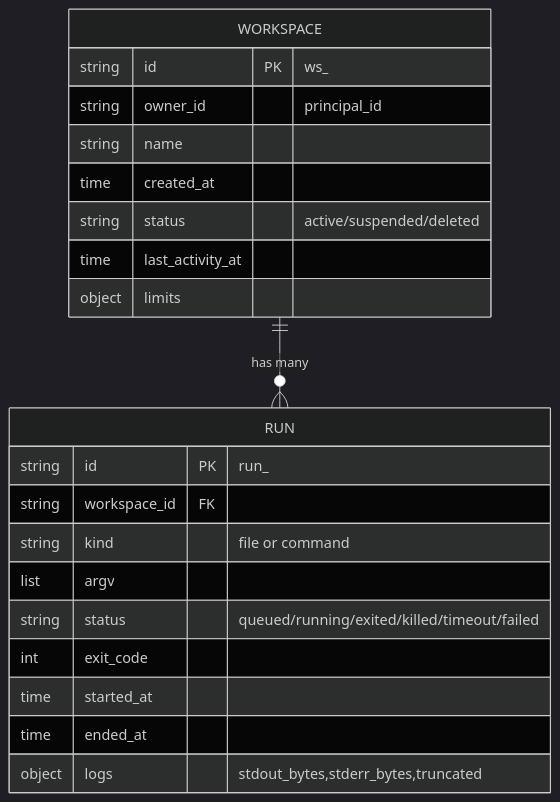
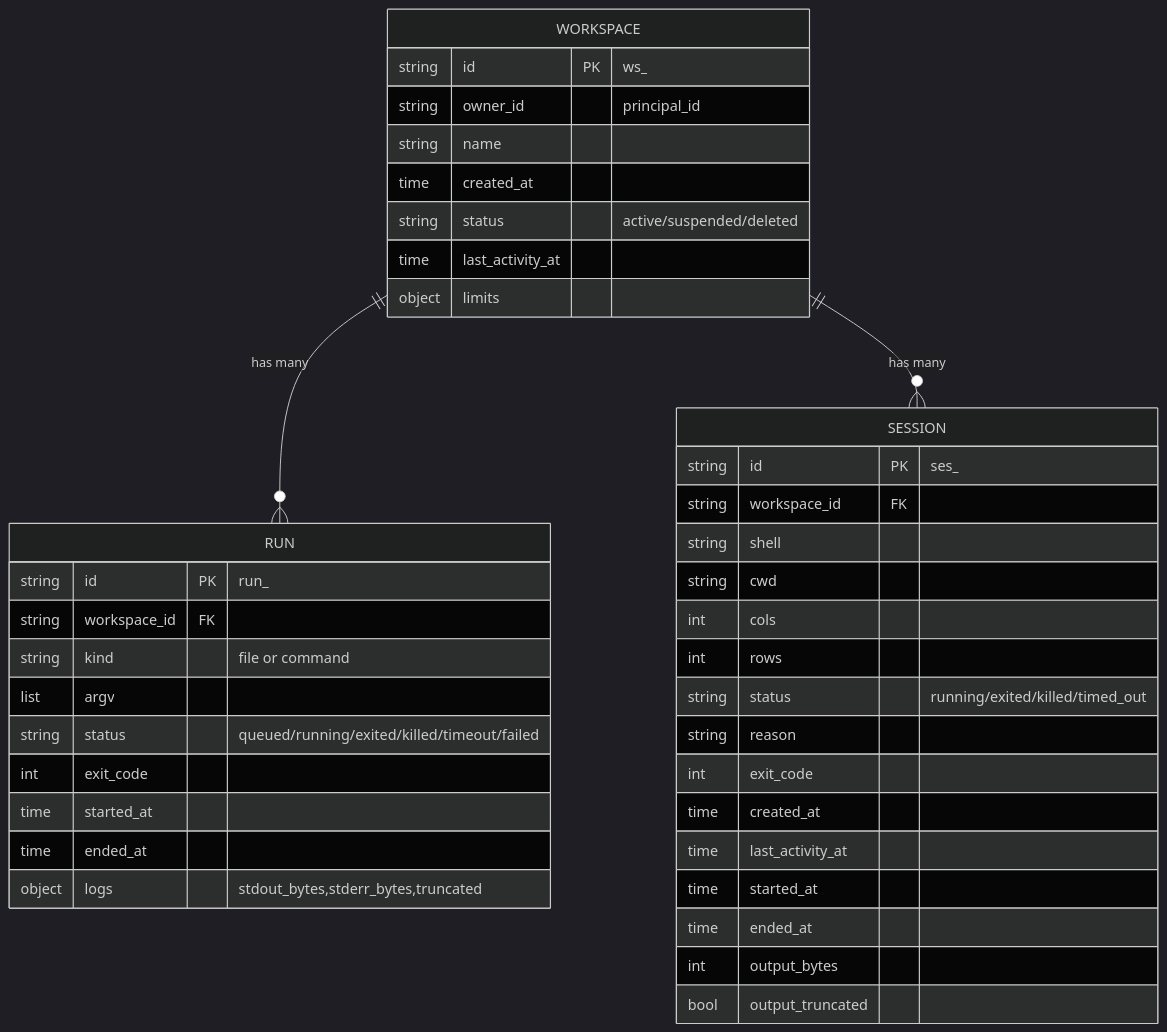
Diagram 14 of 17 in docs/ARCHITECTURE.md (M3-mo2/cloud-service), drawn with Mermaid (dark theme) before and after one commit. The commit also changed other lines of this file and 30 other files, not shown here.

````diff
--- a/docs/ARCHITECTURE.md
+++ b/docs/ARCHITECTURE.md
@@ -517,24 +617,42 @@
 ```mermaid
 erDiagram
     WORKSPACE ||--o{ RUN : "has many"
+    WORKSPACE ||--o{ SESSION : "has many"
     WORKSPACE {
         string id PK "ws_<ULID>"
         string owner_id "principal_id"
         string name
         time created_at
         string status "active/suspended/deleted"
         time last_activity_at
         object limits
     }
     RUN {
         string id PK "run_<ULID>"
         string workspace_id FK
         string kind "file or command"
         list argv
         string status "queued/running/exited/killed/timeout/failed"
         int exit_code
         time started_at
         time ended_at
         object logs "stdout_bytes,stderr_bytes,truncated"
     }
+    SESSION {
+        string id PK "ses_<ULID>"
+        string workspace_id FK
+        string shell
+        string cwd
+        int cols
+        int rows
+        string status "running/exited/killed/timed_out"
+        string reason
+        int exit_code
+        time created_at
+        time last_activity_at
+        time started_at
+        time ended_at
+        int output_bytes
+        bool output_truncated
+    }
 ```
````
